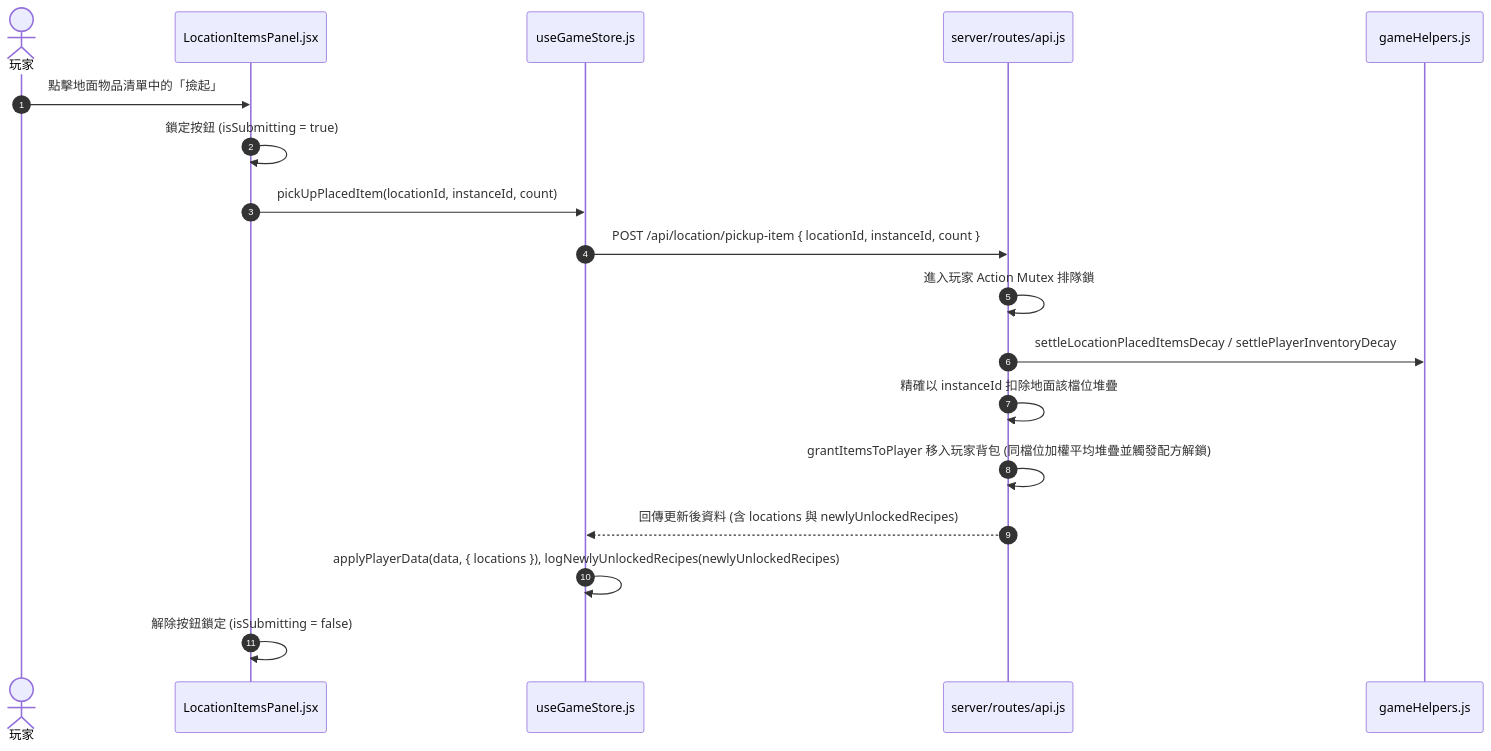
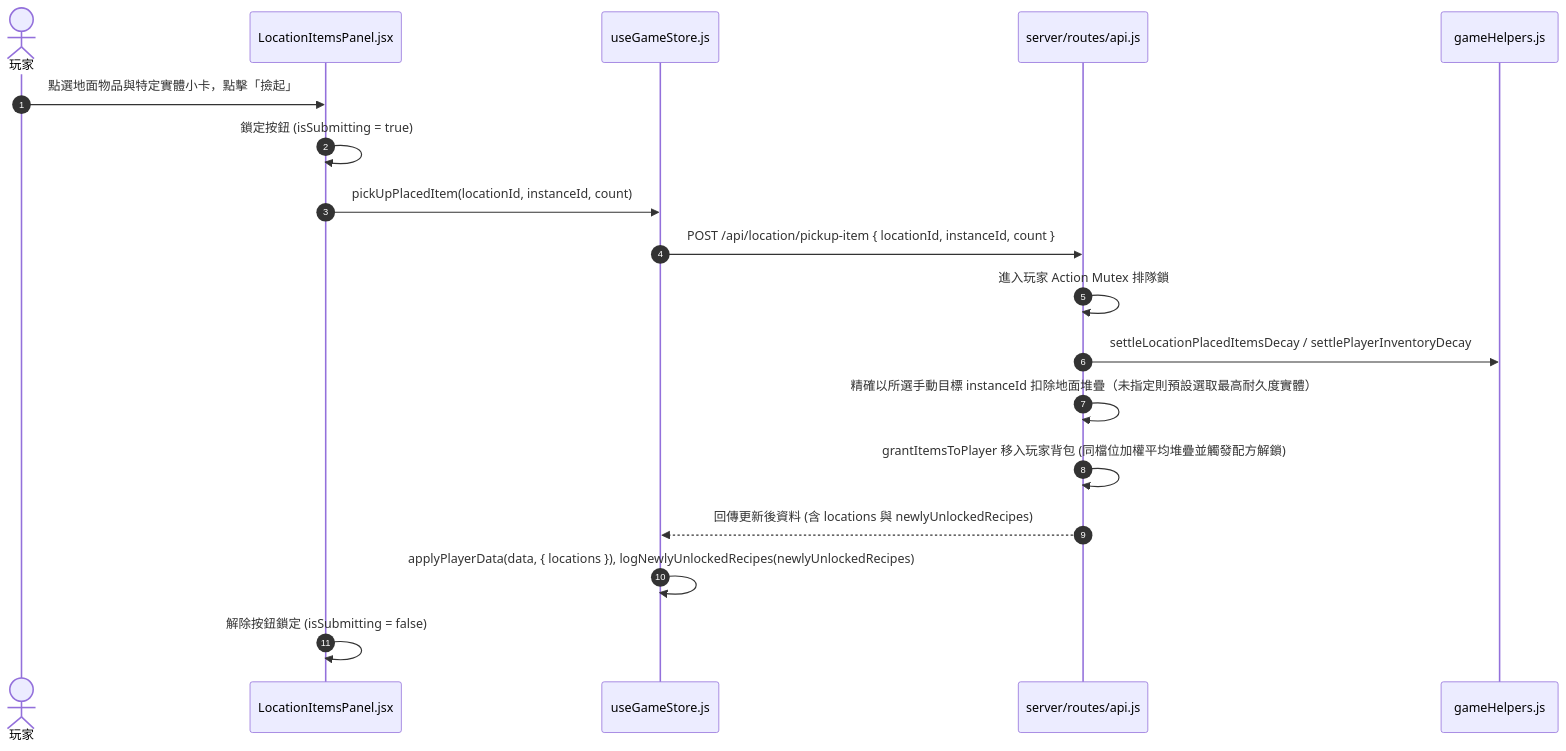
Before and after one commit to csiehsu/Aether-Immersion: diagram 13 of 16 in README.md, drawn with Mermaid. The commit also changed other lines of this file and 21 other files, not shown here.

````diff
--- a/README.md
+++ b/README.md
@@ -716,21 +728,21 @@
 ```mermaid
 sequenceDiagram
     autonumber
     actor Player as 玩家
     participant View as LocationItemsPanel.jsx
     participant Store as useGameStore.js
     participant API as server/routes/api.js
     participant Helper as gameHelpers.js
 
-    Player->>View: 點擊地面物品清單中的「撿起」
+    Player->>View: 點選地面物品與特定實體小卡，點擊「撿起」
     View->>View: 鎖定按鈕 (isSubmitting = true)
     View->>Store: pickUpPlacedItem(locationId, instanceId, count)
     Store->>API: POST /api/location/pickup-item { locationId, instanceId, count }
     API->>API: 進入玩家 Action Mutex 排隊鎖
     API->>Helper: settleLocationPlacedItemsDecay / settlePlayerInventoryDecay
-    API->>API: 精確以 instanceId 扣除地面該檔位堆疊
+    API->>API: 精確以所選手動目標 instanceId 扣除地面堆疊（未指定則預設選取最高耐久度實體）
     API->>API: grantItemsToPlayer 移入玩家背包 (同檔位加權平均堆疊並觸發配方解鎖)
     API-->>Store: 回傳更新後資料 (含 locations 與 newlyUnlockedRecipes)
     Store->>Store: applyPlayerData(data, { locations }), logNewlyUnlockedRecipes(newlyUnlockedRecipes)
     View->>View: 解除按鈕鎖定 (isSubmitting = false)
 ```
````
